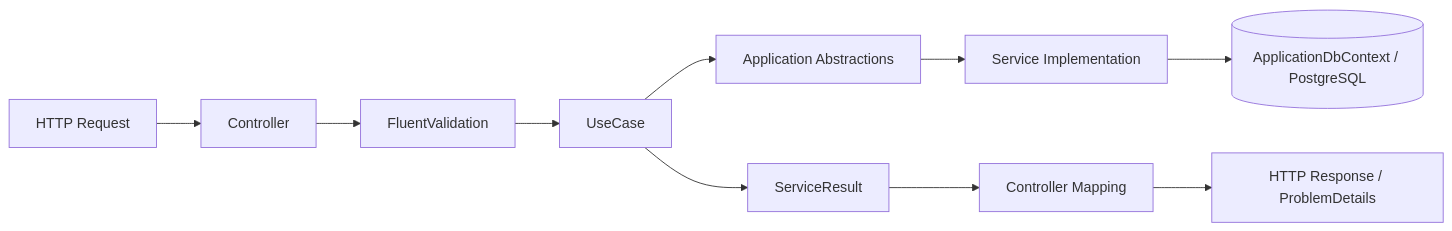
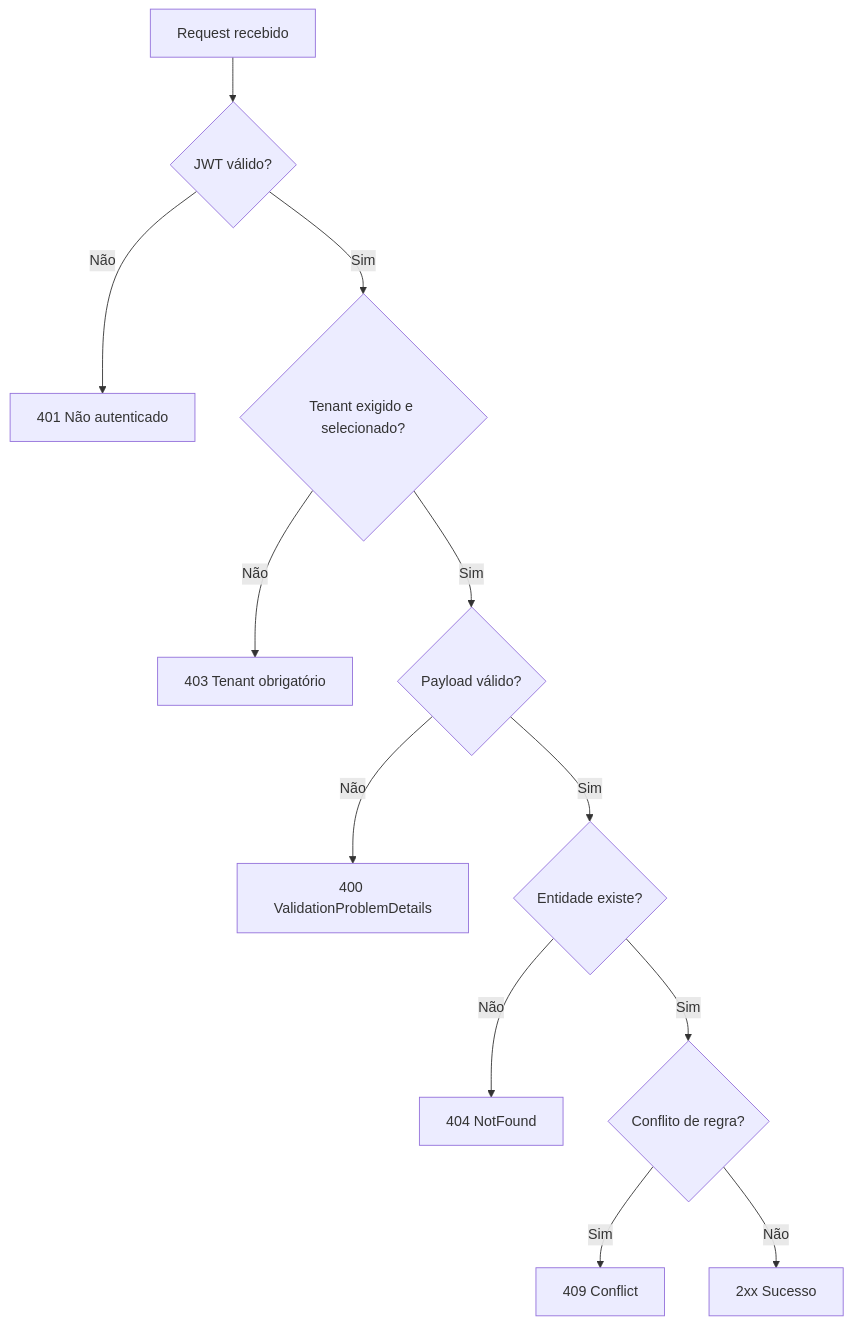
Before and after one commit to dsbraz/bud: the sixth of 10 diagrams in README.md, drawn with Mermaid. The commit also changed other lines of this file, not shown here.

````diff
--- a/README.md
+++ b/README.md
@@ -237,12 +276,14 @@
 ```mermaid
-flowchart LR
-    A[HTTP Request] --> B[Controller]
-    B --> C[FluentValidation]
-    C --> D[UseCase]
-    D --> E[Application Abstractions]
-    E --> F[Service Implementation]
-    F --> G[(ApplicationDbContext / PostgreSQL)]
-    D --> H[ServiceResult]
-    H --> I[Controller Mapping]
-    I --> J[HTTP Response / ProblemDetails]
+flowchart TD
+    A[Request recebido] --> B{JWT válido?}
+    B -- Não --> C[401 Não autenticado]
+    B -- Sim --> D{Tenant exigido e selecionado?}
+    D -- Não --> E[403 Tenant obrigatório]
+    D -- Sim --> F{Payload válido?}
+    F -- Não --> G[400 ValidationProblemDetails]
+    F -- Sim --> H{Entidade existe?}
+    H -- Não --> I[404 NotFound]
+    H -- Sim --> J{Conflito de regra?}
+    J -- Sim --> K[409 Conflict]
+    J -- Não --> L[2xx Sucesso]
 ```
````
